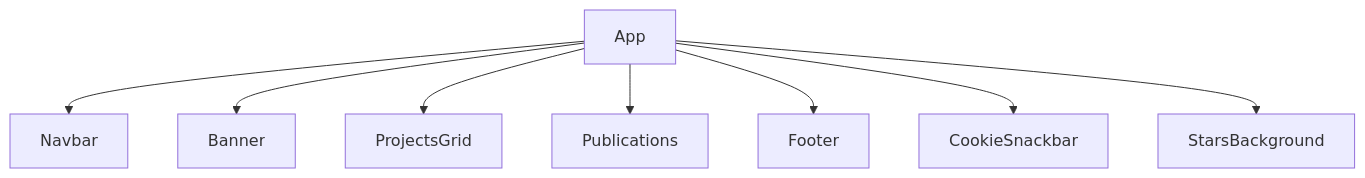
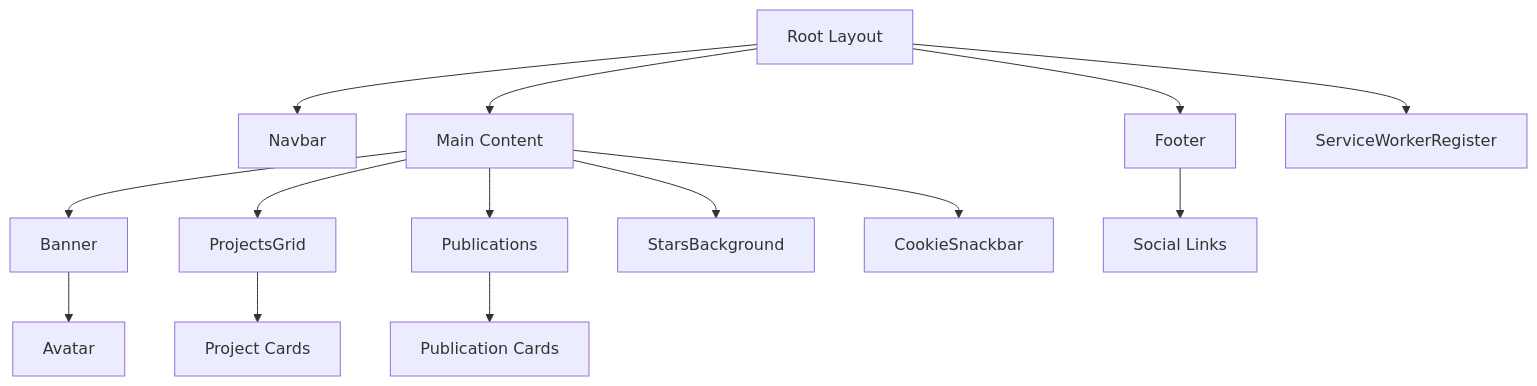
One commit to AlexJSully/AlexJSully-Portfolio changed the first of 3 diagrams in docs/architecture/components/index.md. Above: the diagram before and after it, drawn with Mermaid. The commit also changed other lines of this file and 9 other files, not shown here.

````diff
--- a/docs/architecture/components/index.md
+++ b/docs/architecture/components/index.md
@@ -15,10 +20,19 @@
 ```mermaid
 flowchart TD
-    App --> Navbar
-    App --> Banner
-    App --> ProjectsGrid
-    App --> Publications
-    App --> Footer
-    App --> CookieSnackbar
-    App --> StarsBackground
+    RootLayout[Root Layout] --> Navbar
+    RootLayout --> Main[Main Content]
+    RootLayout --> Footer
+    RootLayout --> ServiceWorkerRegister
+
+    Main --> Banner
+    Main --> ProjectsGrid
+    Main --> Publications
+    Main --> StarsBackground
+    Main --> CookieSnackbar
+
+    Banner --> Avatar
+
+    ProjectsGrid --> ProjectCards[Project Cards]
+    Publications --> PublicationCards[Publication Cards]
+    Footer --> SocialLinks[Social Links]
 ```
````
